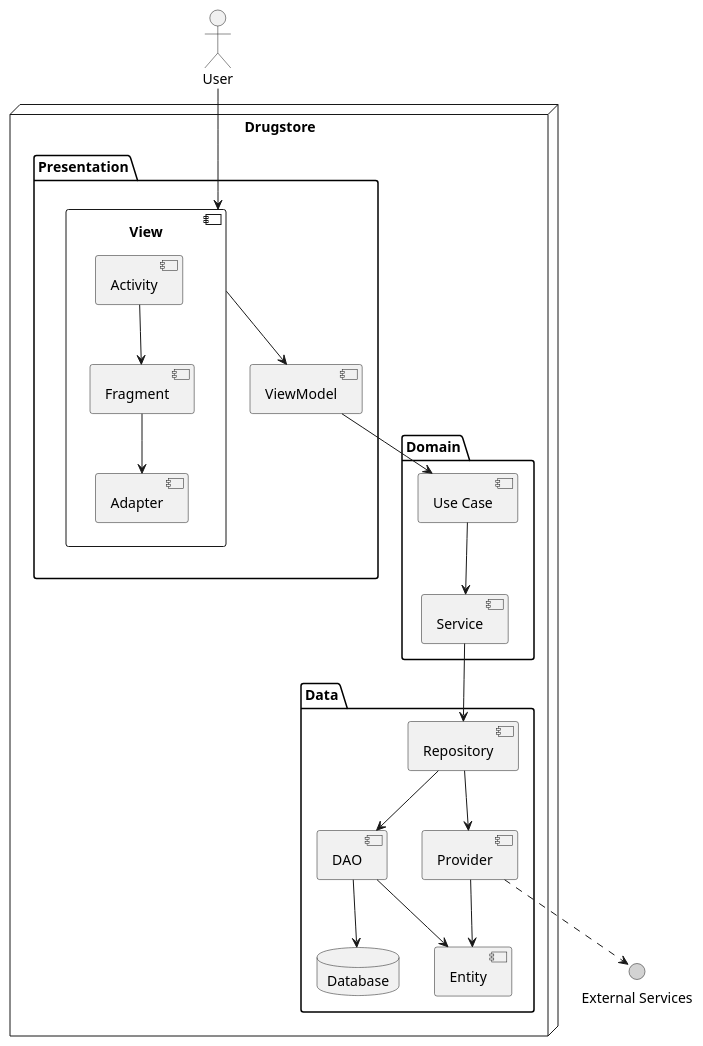
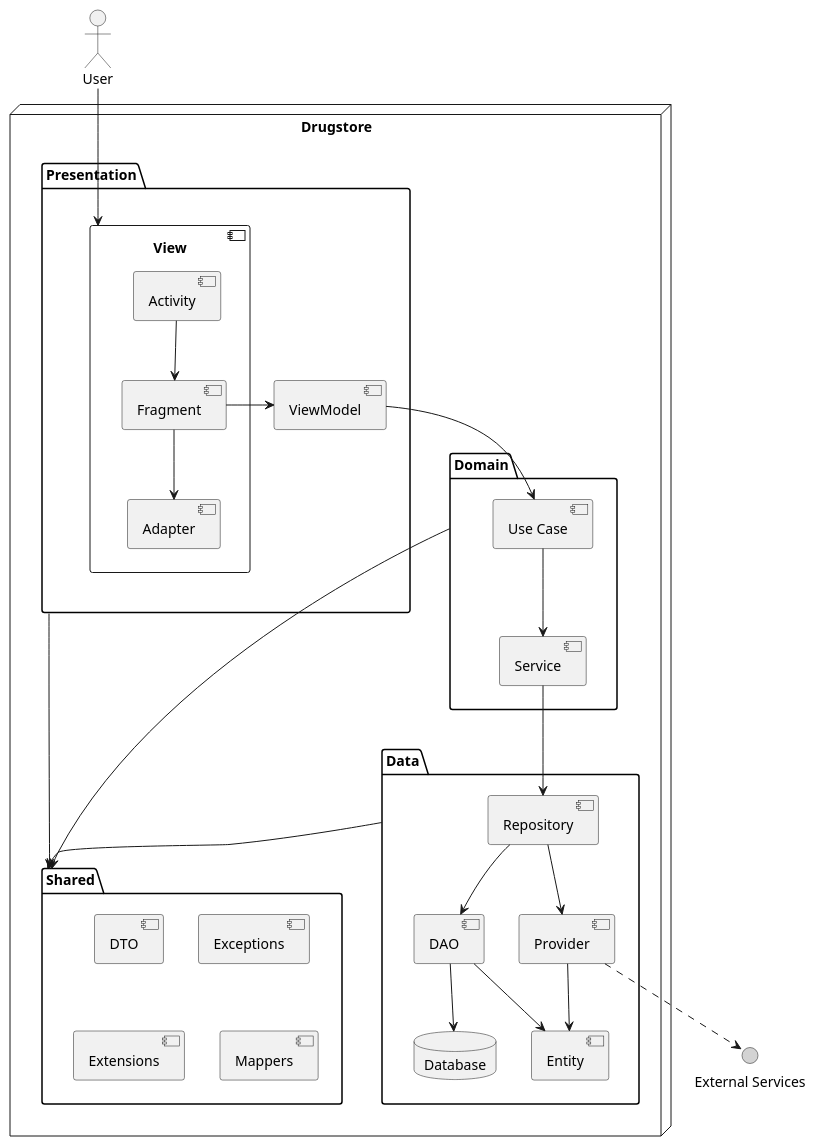
The diagram in docs/building-blocks/building-blocks-2.plantuml (lucahost/drugstore), drawn with PlantUML before and after one commit. The commit also changed 1 other file, not shown here.

```diff
--- a/docs/building-blocks/building-blocks-2.plantuml
+++ b/docs/building-blocks/building-blocks-2.plantuml
@@ -1,45 +1,57 @@
 @startuml class-diagram
 
 actor "User" as user
 
 interface "External Services" as e #lightgrey
 
 node "Drugstore" {
     package Presentation {
       component View {
         component Activity
         component Fragment
         component Adapter
       }
       component ViewModel
       Activity -down-> Fragment
       Fragment  -down-> Adapter
-      View  -down-> ViewModel
+      Fragment  -right-> ViewModel
     }
 
     package Domain {
       component "Use Case" as uc
       component Service
       uc -down-> Service
     }
 
     package Data {
       component Repository
       component Entity
       component DAO
       component Provider
       database Database
-      Repository --> Provider
       Repository --> DAO
       DAO -down-> Database
+      Repository --> Provider
       DAO --> Entity
       Provider --> Entity
     }
+
+    package Shared {
+      component DTO
+      component Exceptions
+      component Extensions
+      component Mappers
+    }
+
+    Presentation -right-> Shared
+    Domain -right-> Shared
+    Data --> Shared
 }
+
 
 user -down-> View
 ViewModel -down-> uc
 Service -down-> Repository
-Provider .down.> e
+Provider ..> e
 
 @enduml
```
